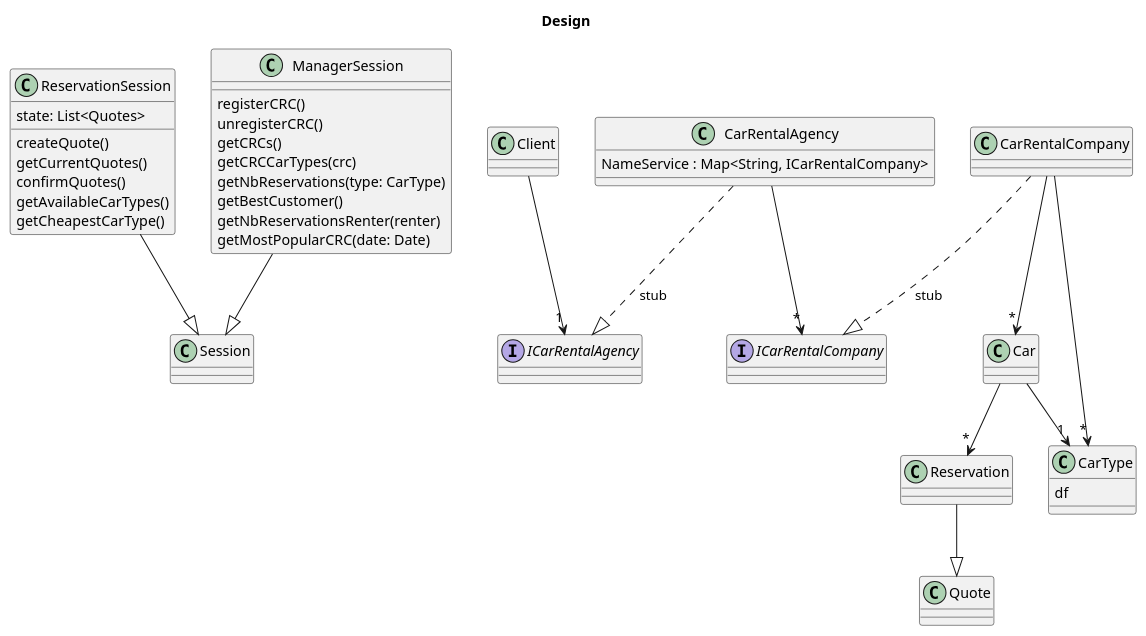
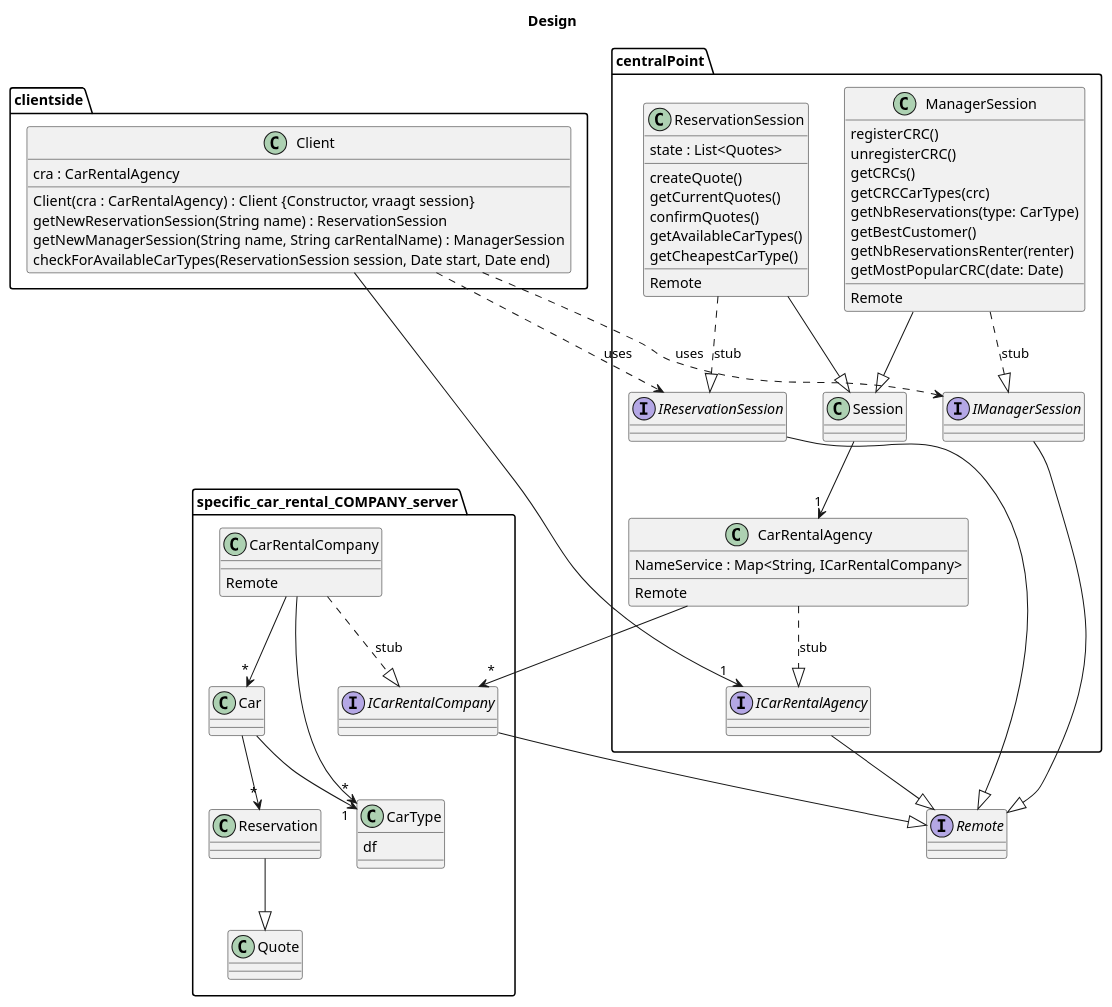
The diagram in diagrams/design.puml (Bhamoss/java_rmi_ds_project), drawn with PlantUML before and after one commit. The commit also changed 1 other file, not shown here.

Commit message:
basic class diagram

```diff
--- a/diagrams/design.puml
+++ b/diagrams/design.puml
@@ -1,75 +1,120 @@
 @startuml
 title Design
 
+package centralPoint{
+
+class Session 
+Session -->"1" CarRentalAgency
+
 class ReservationSession {
-    state: List<Quotes>
+    state : List<Quotes>
+    __
     createQuote()
     getCurrentQuotes()
     confirmQuotes()
     getAvailableCarTypes()
     getCheapestCarType()
+    __
+    Remote
 }
 ReservationSession --|> Session
-class Session {
-}
+ReservationSession ..|> IReservationSession : stub
+interface IReservationSession
+
+
+
 
 
 class ManagerSession {
     registerCRC()
     unregisterCRC()
     getCRCs()
     getCRCCarTypes(crc)
     getNbReservations(type: CarType)
     getBestCustomer()
     getNbReservationsRenter(renter)
     getMostPopularCRC(date: Date)
+    __
+    Remote
 }
 ManagerSession --|> Session
+ManagerSession ..|> IManagerSession : stub
+interface IManagerSession
 
 class CarRentalAgency {
     NameService : Map<String, ICarRentalCompany>
+    __
+    Remote
 }
-CarRentalAgency -->"*" ICarRentalCompany
+
 CarRentalAgency ..|> ICarRentalAgency : stub
 
 interface ICarRentalAgency {
 }
+
+}
+
+package specific_car_rental_COMPANY_server {
+
+interface ICarRentalCompany 
+CarRentalAgency -->"*" ICarRentalCompany
 
 class Car {
 
 }
 Car -->"*" Reservation
 Car -->"1" CarType
 
 class Reservation {
 
 }
 Reservation --|> Quote
 
 class Quote {
 }
 
 
 class CarType {
     df
 }
 
 'class ReservationException {
 '}
 
 class CarRentalCompany {
+    __
+    Remote
 }
 CarRentalCompany ..|> ICarRentalCompany : stub
 CarRentalCompany -->"*" Car
 CarRentalCompany -->"*" CarType
-interface ICarRentalCompany {
-}
+
+
 
 'class ReservationConstraints {
 '}
+}
+package clientside{
+class Client {
+    cra : CarRentalAgency
 
-class Client {
+    Client(cra : CarRentalAgency) : Client {Constructor, vraagt session}
+    getNewReservationSession(String name) : ReservationSession
+    getNewManagerSession(String name, String carRentalName) : ManagerSession
+    checkForAvailableCarTypes(ReservationSession session, Date start, Date end)
+
 }
 Client -->"1" ICarRentalAgency
+Client ..> IReservationSession : uses
+Client ..> IManagerSession : uses
+}
+
+
+interface Remote
+ICarRentalAgency --|> Remote
+ICarRentalCompany --|> Remote
+IManagerSession --|> Remote
+IReservationSession --|> Remote
+
 
 @enduml
```
